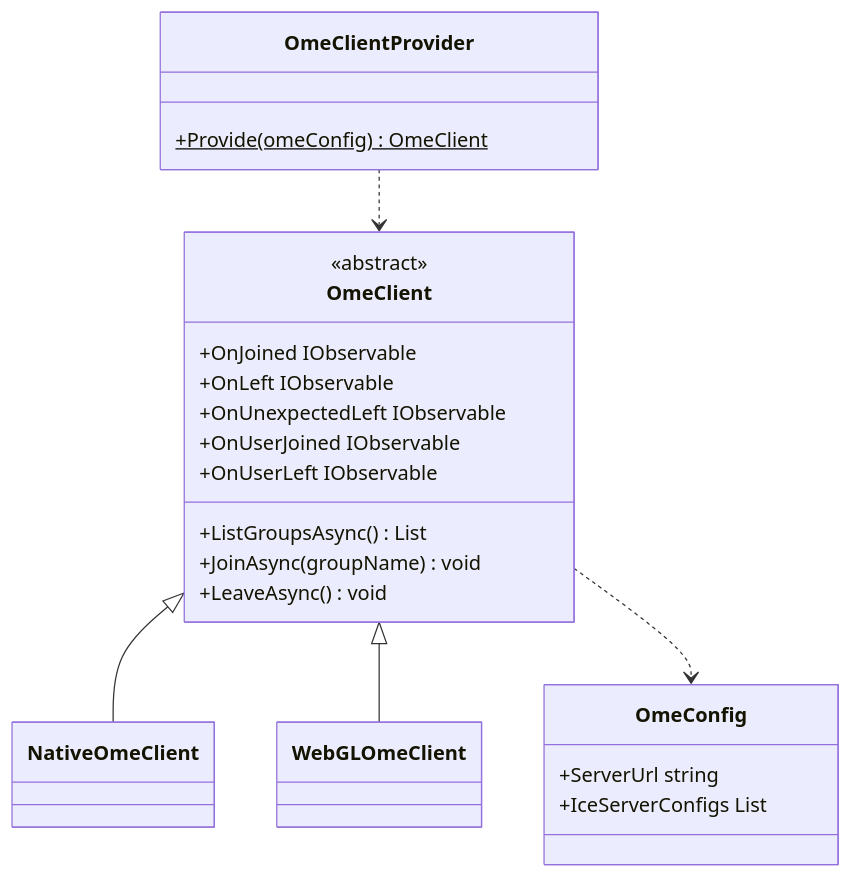
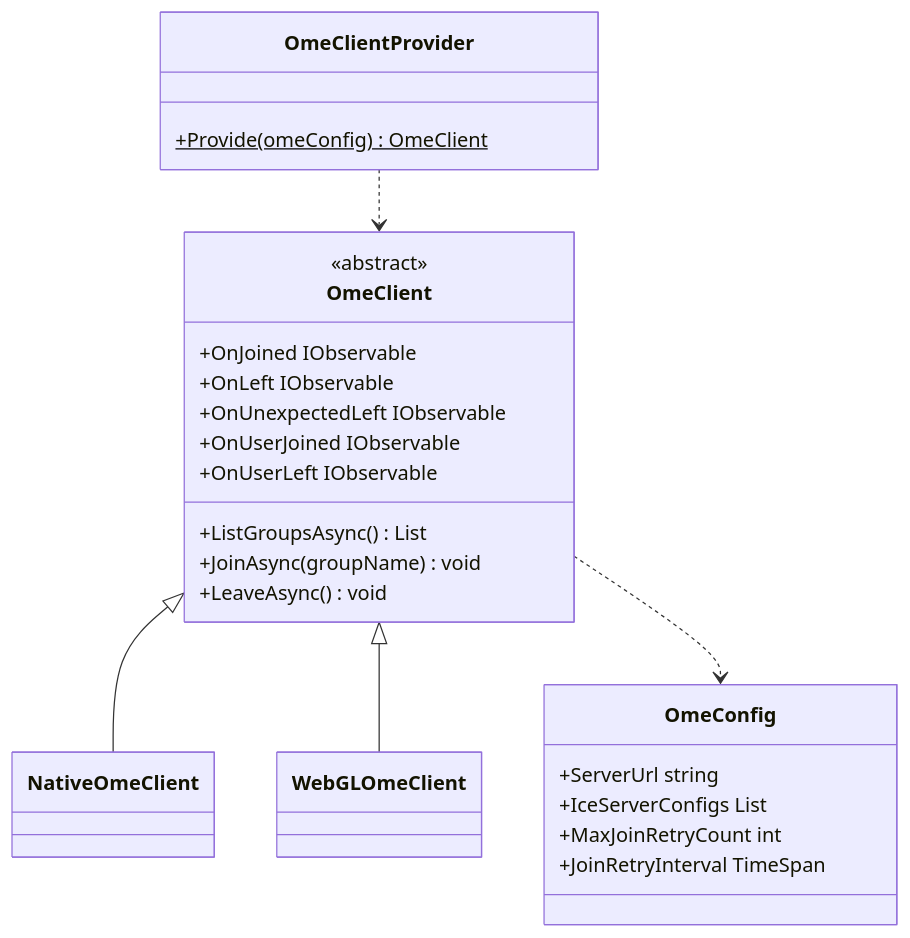
The first of 3 diagrams in docs/integration/sfu.ome.md (extreal-dev/Extreal.Guide), drawn with Mermaid before and after one commit. The commit also changed other lines of this file, not shown here.

Commit message:
Modify so that the user can change retry count and timeout for publish

````diff
--- a/docs/integration/sfu.ome.md
+++ b/docs/integration/sfu.ome.md
@@ -27,35 +27,37 @@
 ```mermaid
 classDiagram
 
     OmeClientProvider ..> OmeClient
     OmeClient <|-- NativeOmeClient
     OmeClient <|-- WebGLOmeClient
     OmeClient ..> OmeConfig
 
     class OmeClientProvider {
         +Provide(omeConfig)$ OmeClient
     }
     
     class OmeClient {
         <<abstract>>
         +OnJoined IObservable
         +OnLeft IObservable
         +OnUnexpectedLeft IObservable
         +OnUserJoined IObservable
         +OnUserLeft IObservable
         +ListGroupsAsync() List
         +JoinAsync(groupName) void
         +LeaveAsync() void
     }
     
     class OmeConfig {
         +ServerUrl string
         +IceServerConfigs List
+        +MaxJoinRetryCount int
+        +JoinRetryInterval TimeSpan
     }
 
     class NativeOmeClient {
     }
     
     class WebGLOmeClient {
     }
 ```
````
